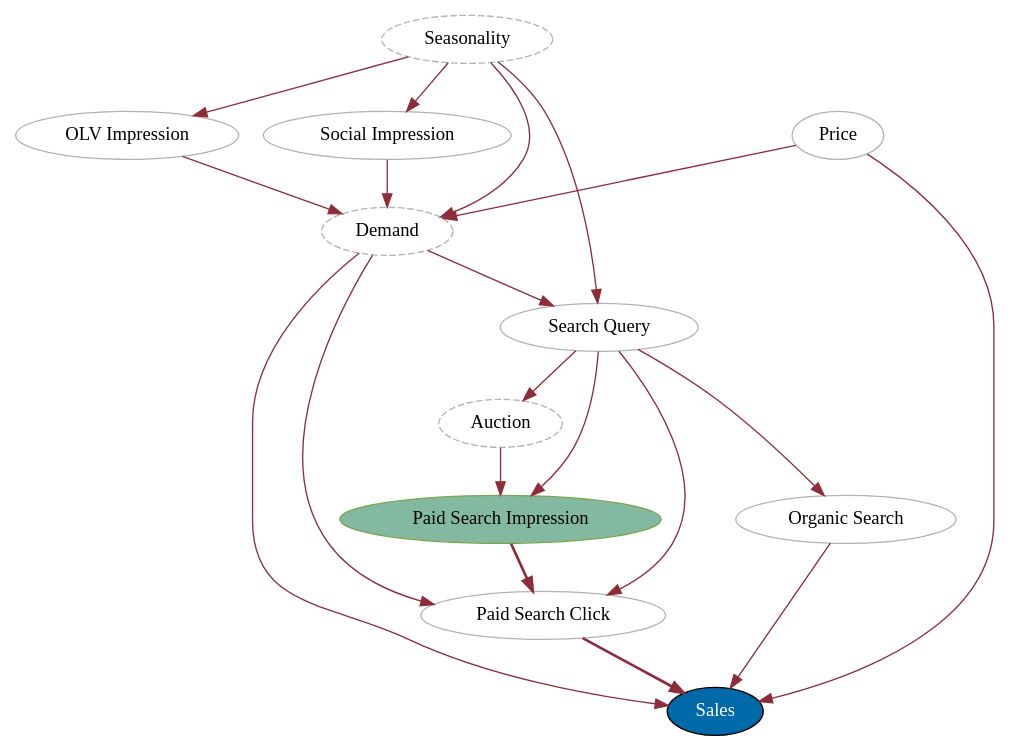
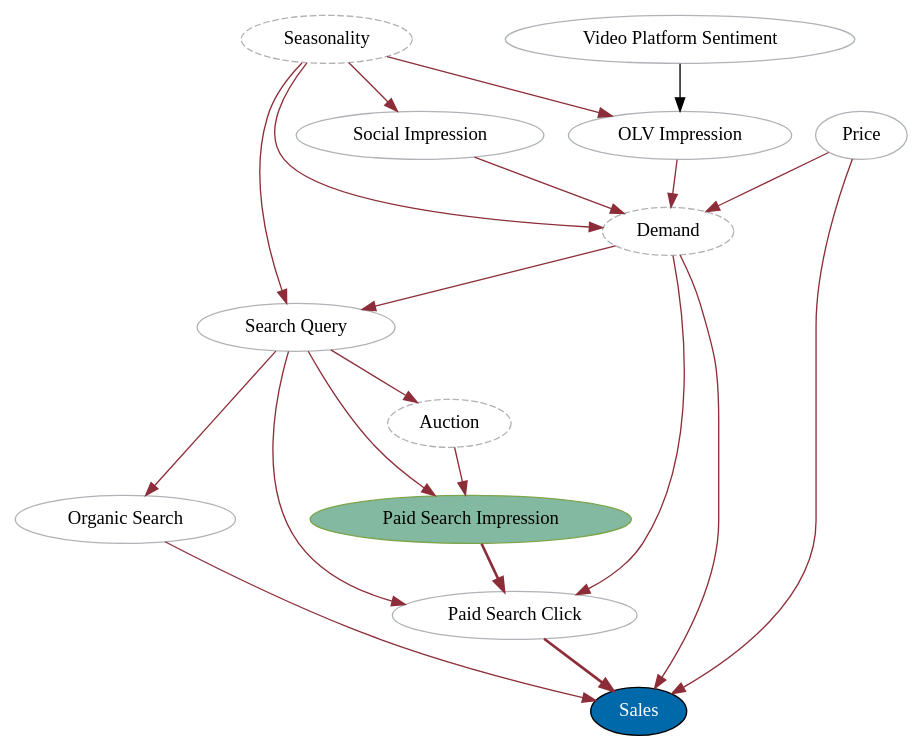
One commit to redam94/common_regression_issues changed the diagram in nbs/graphs/vifs/paid-search-to-sales-unadjusted.dot. Above: the diagram before and after it, drawn with Graphviz. The commit also changed 7 other files, not shown here.

```diff
--- a/nbs/graphs/vifs/paid-search-to-sales-unadjusted.dot
+++ b/nbs/graphs/vifs/paid-search-to-sales-unadjusted.dot
@@ -1,35 +1,33 @@
 digraph "Paid Media on Sales" {
-  splines=spline;
-  overlap=false;
-  start=1;
   //Exposure
   "Paid Search Impression" [color="#7DA54B" fillcolor="#82B9A0" style=filled];
   //Outcome
   Sales [fillcolor="#0069AA" fontcolor=white style=filled];
   //Adjusted
   //Price [fillcolor="#AFB3B7" style=filled]
   //Un-Observed
-  "OLV Impression", "Social Impression" [color="#AFB3B7"]; 
+  "OLV Impression", "Social Impression", "Video Platform Sentiment" [color="#AFB3B7"]; 
   "Search Query", "Paid Search Click", Price, "Organic Search" [color="#AFB3B7"];
   //Un-Observable
   Seasonality, Demand, Auction [color="#AFB3B7" style=dashed];
+  "Video Platform Sentiment" -> "OLV Impression";
   Seasonality -> "OLV Impression" [color="#8D2D39"];
   "OLV Impression" -> Demand [color="#8D2D39"];
   Seasonality -> Demand [color="#8D2D39"];
   Seasonality -> "Social Impression" [color="#8D2D39"];
   "Social Impression" -> Demand [color="#8D2D39"];
   "Search Query" -> Auction [color="#8D2D39"];
   "Search Query" -> "Paid Search Impression" [color="#8D2D39"];
   Auction -> "Paid Search Impression" [color="#8D2D39"];
   Demand -> "Search Query" [color="#8D2D39"];
   Seasonality -> "Search Query" [color="#8D2D39"];
   "Paid Search Impression" -> "Paid Search Click" [color="#8D2D39" style=bold];
   Demand -> "Paid Search Click" [color="#8D2D39"];
   "Search Query" -> "Paid Search Click" [color="#8D2D39"];
   "Search Query" -> "Organic Search" [color="#8D2D39"];
   "Organic Search" -> Sales [color="#8D2D39"];
   Demand -> Sales [color="#8D2D39"];
   "Paid Search Click" -> Sales [color="#8D2D39" style=bold];
   Price -> Demand [color="#8D2D39"];
   Price -> Sales [color="#8D2D39"];
 }
```
